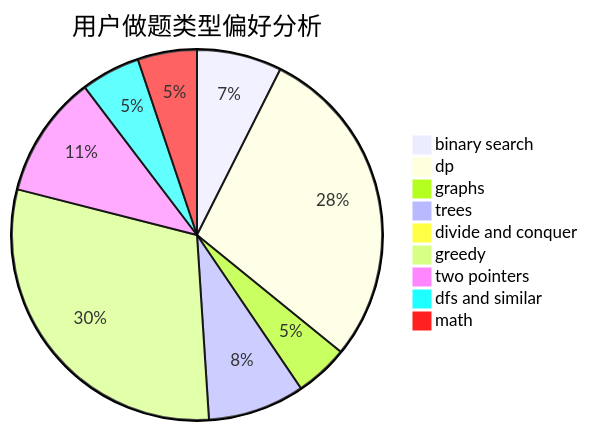
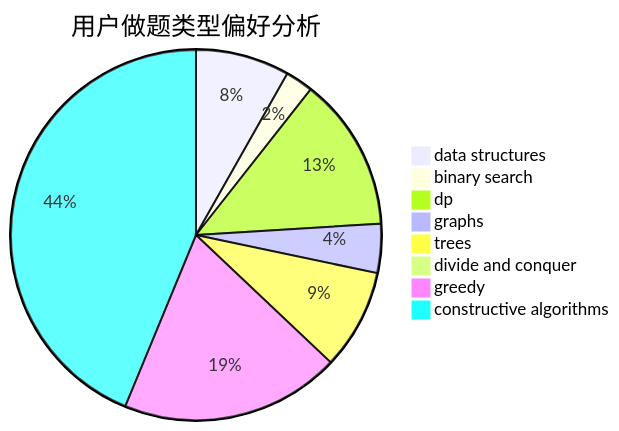
One commit to sherpahu/cfrs.github.io changed the second of 3 diagrams in docs/user/u409.md. Above: the diagram before and after it, drawn with Mermaid. The commit also changed other lines of this file and 2775 other files, not shown here.

````diff
--- a/docs/user/u409.md
+++ b/docs/user/u409.md
@@ -23,12 +23,11 @@
 ```mermaid
 pie title 用户做题类型偏好分析
-    "binary search" :  43
-    "dp" :  165
-    "graphs" :  27
-    "trees" :  49
+    "data structures" :  44
+    "binary search" :  13
+    "dp" :  72
+    "graphs" :  23
+    "trees" :  47
     "divide and conquer" :  0
-    "greedy" :  174
-    "two pointers" :  62
-    "dfs and similar" :  30
-    "math" :  30
+    "greedy" :  103
+    "constructive algorithms" :  235
 ```
````
